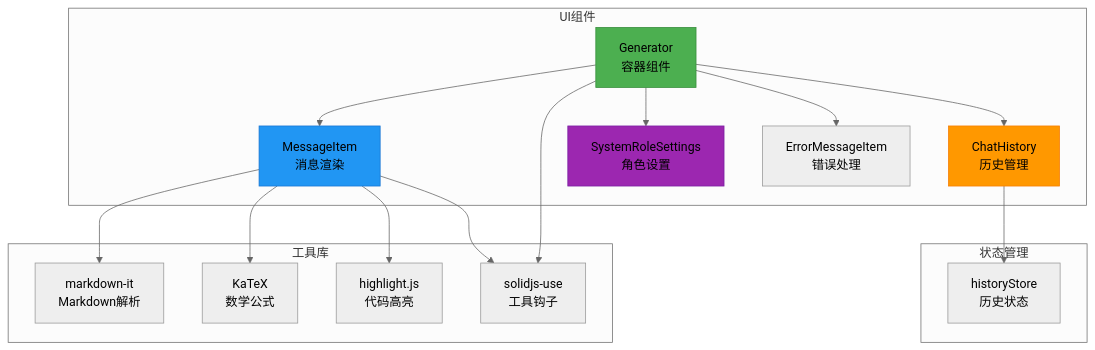
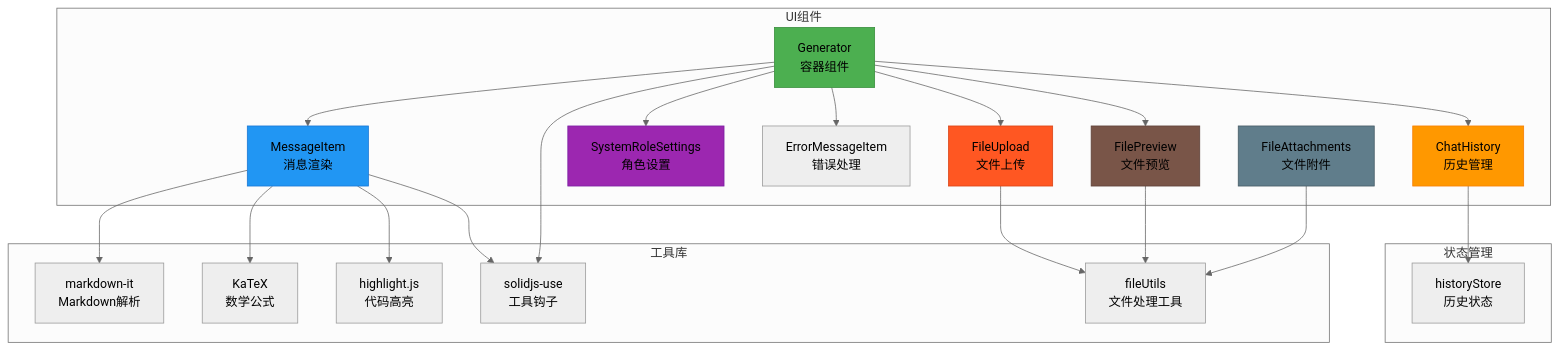
One commit to zfyime/chat-mini changed the eighth of 8 diagrams in .qoder/repowiki/zh/content/组件架构/组件架构.md. Above: the diagram before and after it, drawn with Mermaid (neutral theme). The commit also changed other lines of this file and 8 other files, not shown here.

````diff
--- a/.qoder/repowiki/zh/content/组件架构/组件架构.md
+++ b/.qoder/repowiki/zh/content/组件架构/组件架构.md
@@ -280,33 +473,45 @@
 ```mermaid
 graph TD
 subgraph "UI组件"
 Generator[Generator<br>容器组件]
 MessageItem[MessageItem<br>消息渲染]
 ChatHistory[ChatHistory<br>历史管理]
 SystemRoleSettings[SystemRoleSettings<br>角色设置]
 ErrorMessageItem[ErrorMessageItem<br>错误处理]
+FileUpload[FileUpload<br>文件上传]
+FilePreview[FilePreview<br>文件预览]
+FileAttachments[FileAttachments<br>文件附件]
 end
 subgraph "状态管理"
 historyStore[historyStore<br>历史状态]
 end
 subgraph "工具库"
 markdownIt[markdown-it<br>Markdown解析]
 katex[KaTeX<br>数学公式]
 highlightjs[highlight.js<br>代码高亮]
 solidjsUse[solidjs-use<br>工具钩子]
+fileUtils[fileUtils<br>文件处理工具]
 end
 Generator --> MessageItem
 Generator --> ChatHistory
 Generator --> SystemRoleSettings
 Generator --> ErrorMessageItem
+Generator --> FileUpload
+Generator --> FilePreview
 ChatHistory --> historyStore
 MessageItem --> markdownIt
 MessageItem --> katex
 MessageItem --> highlightjs
 MessageItem --> solidjsUse
+FileUpload --> fileUtils
+FilePreview --> fileUtils
+FileAttachments --> fileUtils
 Generator --> solidjsUse
 style Generator fill:#4CAF50,stroke:#388E3C
 style MessageItem fill:#2196F3,stroke:#1976D2
 style ChatHistory fill:#FF9800,stroke:#F57C00
 style SystemRoleSettings fill:#9C27B0,stroke:#7B1FA2
+style FileUpload fill:#FF5722,stroke:#D84315
+style FilePreview fill:#795548,stroke:#5D4037
+style FileAttachments fill:#607D8B,stroke:#455A64
 ```
````
